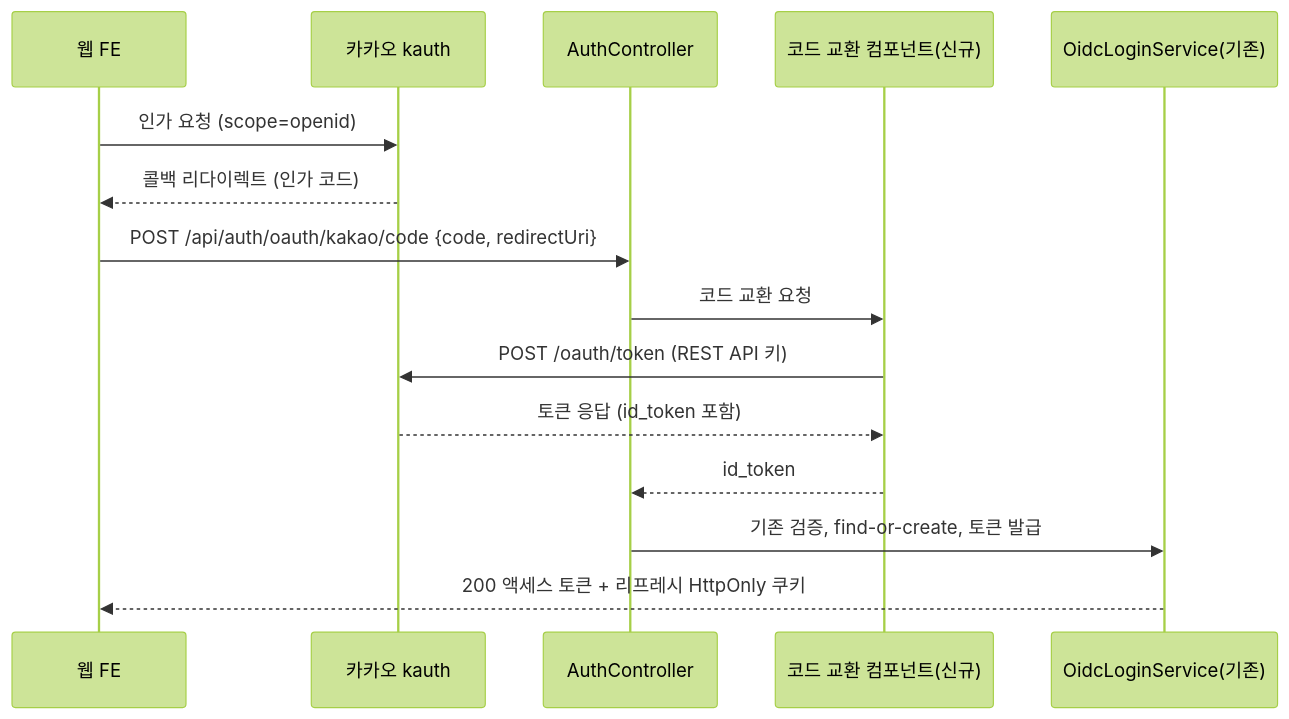
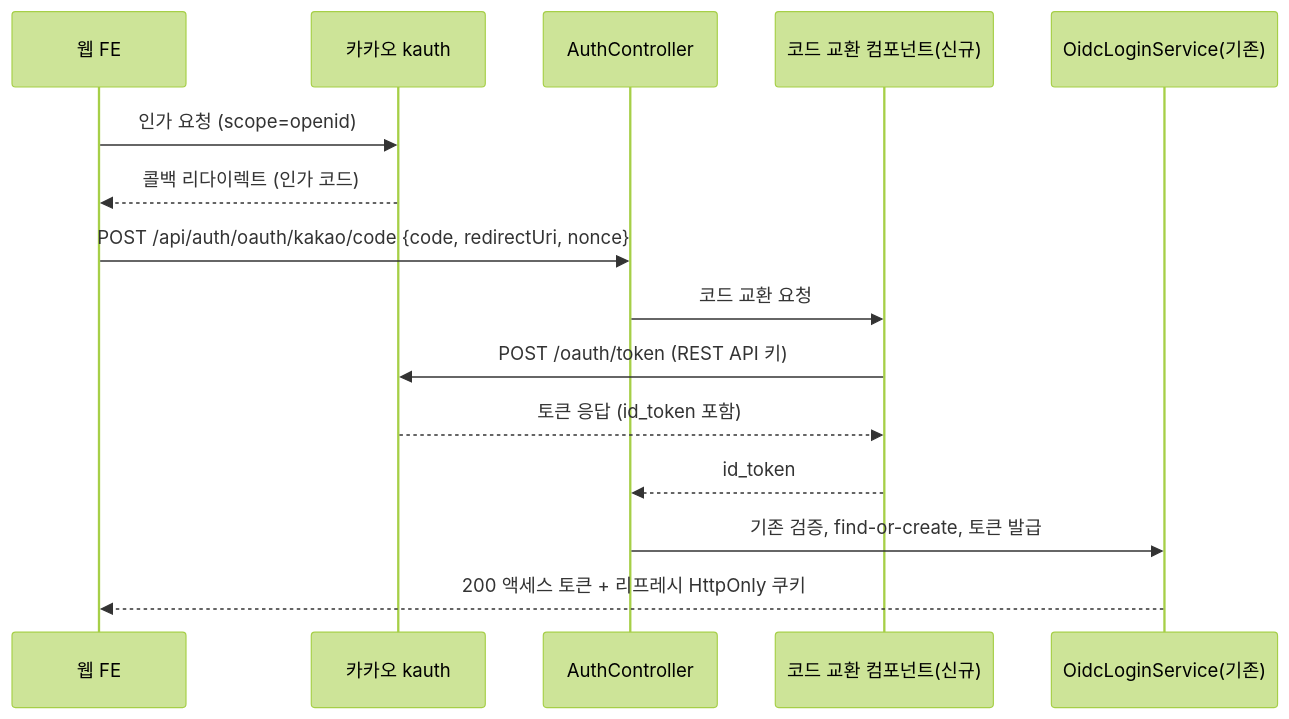
Before and after one commit to ASM-MSG/BE: the first of 2 diagrams in docs/prd/MSG-345-prd.md, drawn with Mermaid (forest theme). The commit also changed other lines of this file and 1 other file, not shown here.

Commit message:
MSG-345 docs: 재생 공격 방지 nonce 대조를 서버 계약에 추가

````diff
--- a/docs/prd/MSG-345-prd.md
+++ b/docs/prd/MSG-345-prd.md
@@ -50,18 +51,18 @@
 ```mermaid
 sequenceDiagram
     participant W as 웹 FE
     participant K as 카카오 kauth
     participant API as AuthController
     participant X as 코드 교환 컴포넌트(신규)
     participant O as OidcLoginService(기존)
 
     W->>K: 인가 요청 (scope=openid)
     K-->>W: 콜백 리다이렉트 (인가 코드)
-    W->>API: POST /api/auth/oauth/kakao/code {code, redirectUri}
+    W->>API: POST /api/auth/oauth/kakao/code {code, redirectUri, nonce}
     API->>X: 코드 교환 요청
     X->>K: POST /oauth/token (REST API 키)
     K-->>X: 토큰 응답 (id_token 포함)
     X-->>API: id_token
     API->>O: 기존 검증, find-or-create, 토큰 발급
     O-->>W: 200 액세스 토큰 + 리프레시 HttpOnly 쿠키
 ```
````
